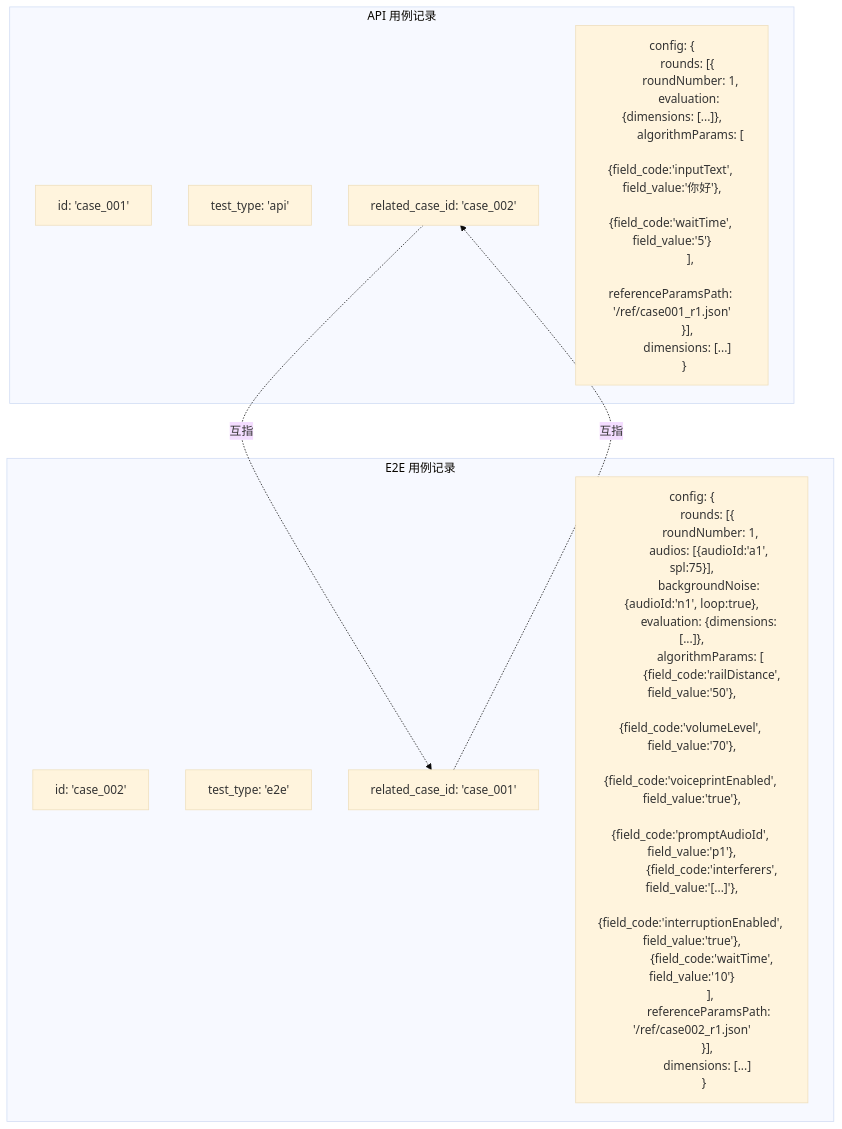
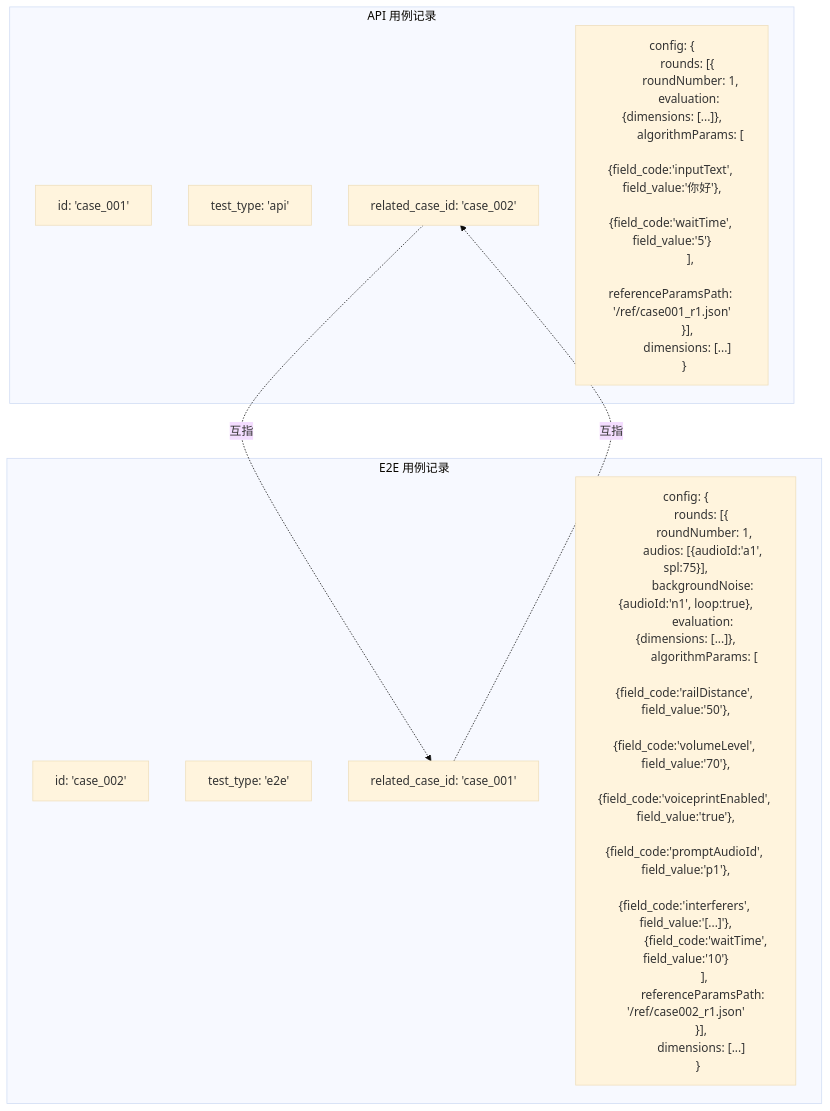
The second of 2 diagrams in Intelligent-Audio-TEST/doc/voice_llm/02_选用例/00_步骤总览.md (ydz-auto/intelligent_audio_test), drawn with Mermaid (base theme) before and after one commit. The commit also changed other lines of this file and 59 other files, not shown here.

First line of the commit message:
fix(tag-view): 修复E2ETest/APITest页面标签视图不显示数据

````diff
--- a/Intelligent-Audio-TEST/doc/voice_llm/02_选用例/00_步骤总览.md
+++ b/Intelligent-Audio-TEST/doc/voice_llm/02_选用例/00_步骤总览.md
@@ -212,48 +221,47 @@
 ```mermaid
 graph TD
     subgraph API 用例记录
         A1[id: 'case_001']
         A2[test_type: 'api']
         A3[related_case_id: 'case_002']
         A4["config: {
           rounds: [{
             roundNumber: 1,
             evaluation: {dimensions: [...]},
             algorithmParams: [
               {field_code:'inputText', field_value:'你好'},
               {field_code:'waitTime', field_value:'5'}
             ],
             referenceParamsPath: '/ref/case001_r1.json'
           }],
           dimensions: [...]
         }"]
     end
 
     subgraph E2E 用例记录
         B1[id: 'case_002']
         B2[test_type: 'e2e']
         B3[related_case_id: 'case_001']
         B4["config: {
           rounds: [{
             roundNumber: 1,
             audios: [{audioId:'a1', spl:75}],
             backgroundNoise: {audioId:'n1', loop:true},
             evaluation: {dimensions: [...]},
             algorithmParams: [
               {field_code:'railDistance', field_value:'50'},
               {field_code:'volumeLevel', field_value:'70'},
               {field_code:'voiceprintEnabled', field_value:'true'},
               {field_code:'promptAudioId', field_value:'p1'},
               {field_code:'interferers', field_value:'[...]'},
-              {field_code:'interruptionEnabled', field_value:'true'},
               {field_code:'waitTime', field_value:'10'}
             ],
             referenceParamsPath: '/ref/case002_r1.json'
           }],
           dimensions: [...]
         }"]
     end
 
     A3 -.->|互指| B3
     B3 -.->|互指| A3
 ```
````
